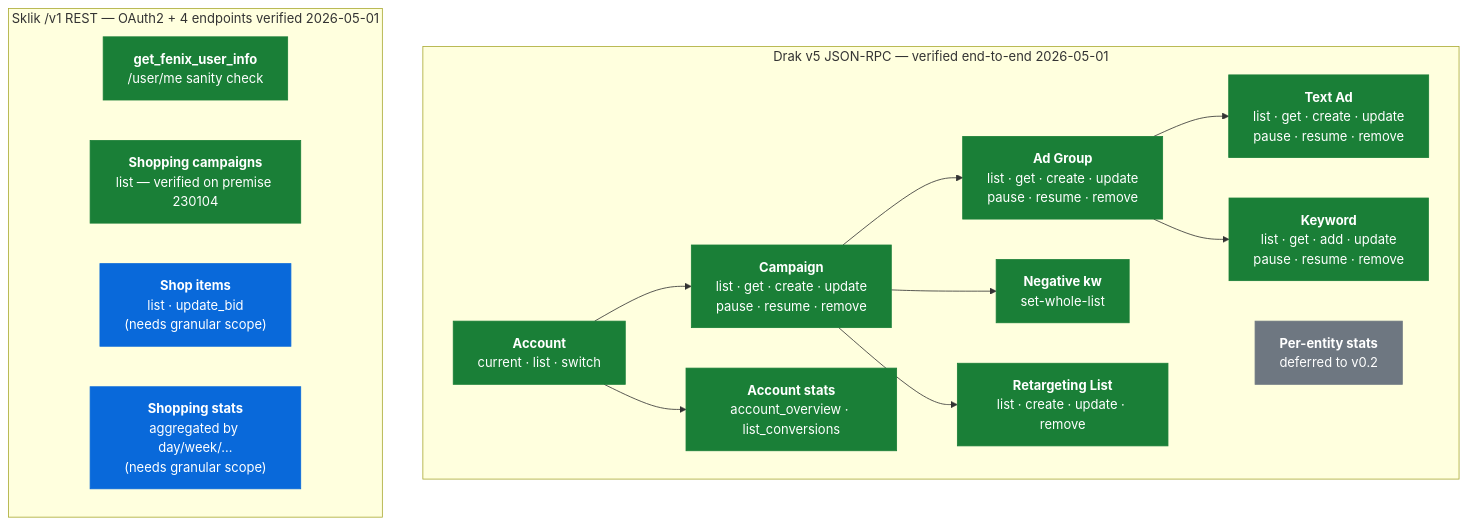
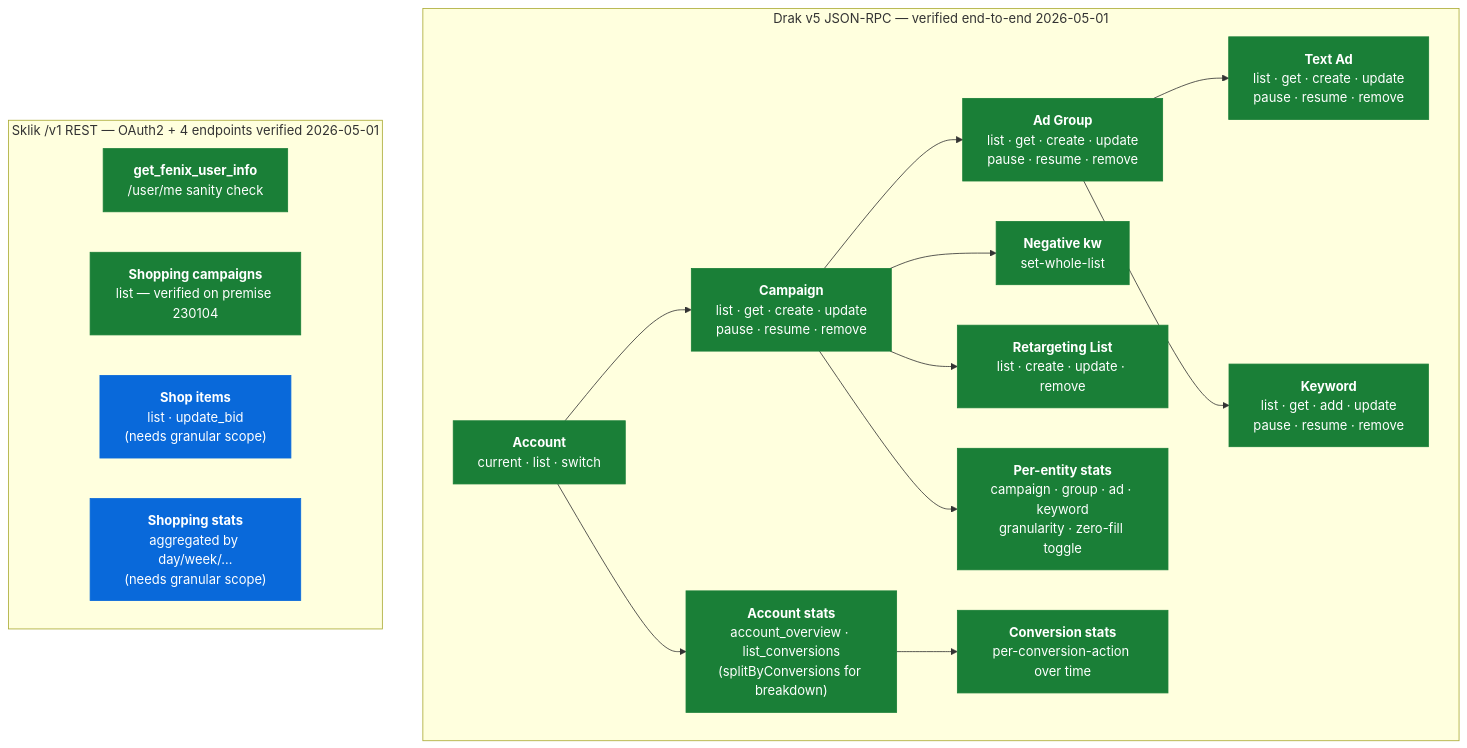
Before and after one commit to larsdittinger/seznam-ads-mcp: the diagram in README.md, drawn with Mermaid. The commit also changed other lines of this file and 5 other files, not shown here.

First line of the commit message:
Ship per-entity + per-conversion stats — verified live 2026-05-01

````diff
--- a/README.md
+++ b/README.md
@@ -136,34 +139,37 @@
 ```mermaid
 graph TB
     subgraph Drak["Drak v5 JSON-RPC — verified end-to-end 2026-05-01"]
         ACC["<b>Account</b><br/>current · list · switch"]:::ok
         CMP["<b>Campaign</b><br/>list · get · create · update<br/>pause · resume · remove"]:::ok
         GRP["<b>Ad Group</b><br/>list · get · create · update<br/>pause · resume · remove"]:::ok
         AD["<b>Text Ad</b><br/>list · get · create · update<br/>pause · resume · remove"]:::ok
         KW["<b>Keyword</b><br/>list · get · add · update<br/>pause · resume · remove"]:::ok
         NK["<b>Negative kw</b><br/>set-whole-list"]:::ok
         RT["<b>Retargeting List</b><br/>list · create · update · remove"]:::ok
-        OVW["<b>Account stats</b><br/>account_overview · list_conversions"]:::ok
-        PER["<b>Per-entity stats</b><br/>deferred to v0.2"]:::pending
+        OVW["<b>Account stats</b><br/>account_overview · list_conversions<br/>(splitByConversions for breakdown)"]:::ok
+        PER["<b>Per-entity stats</b><br/>campaign · group · ad · keyword<br/>granularity · zero-fill toggle"]:::ok
+        CONV["<b>Conversion stats</b><br/>per-conversion-action over time"]:::ok
 
         ACC --> CMP
         CMP --> GRP
         GRP --> AD
         GRP --> KW
         CMP --> NK
         CMP --> RT
         ACC --> OVW
+        CMP --> PER
+        OVW --> CONV
     end
 
     subgraph Fenix["Sklik /v1 REST — OAuth2 + 4 endpoints verified 2026-05-01"]
         WHO["<b>get_fenix_user_info</b><br/>/user/me sanity check"]:::ok
         SCA["<b>Shopping campaigns</b><br/>list — verified on premise 230104"]:::ok
         SHO["<b>Shop items</b><br/>list · update_bid<br/>(needs granular scope)"]:::wired
         SST["<b>Shopping stats</b><br/>aggregated by day/week/…<br/>(needs granular scope)"]:::wired
     end
 
     classDef ok fill:#1a7f37,stroke:#1a7f37,color:#fff
     classDef warn fill:#9a6700,stroke:#9a6700,color:#fff
     classDef pending fill:#6e7781,stroke:#6e7781,color:#fff
     classDef wired fill:#0969da,stroke:#0969da,color:#fff
 ```
````
